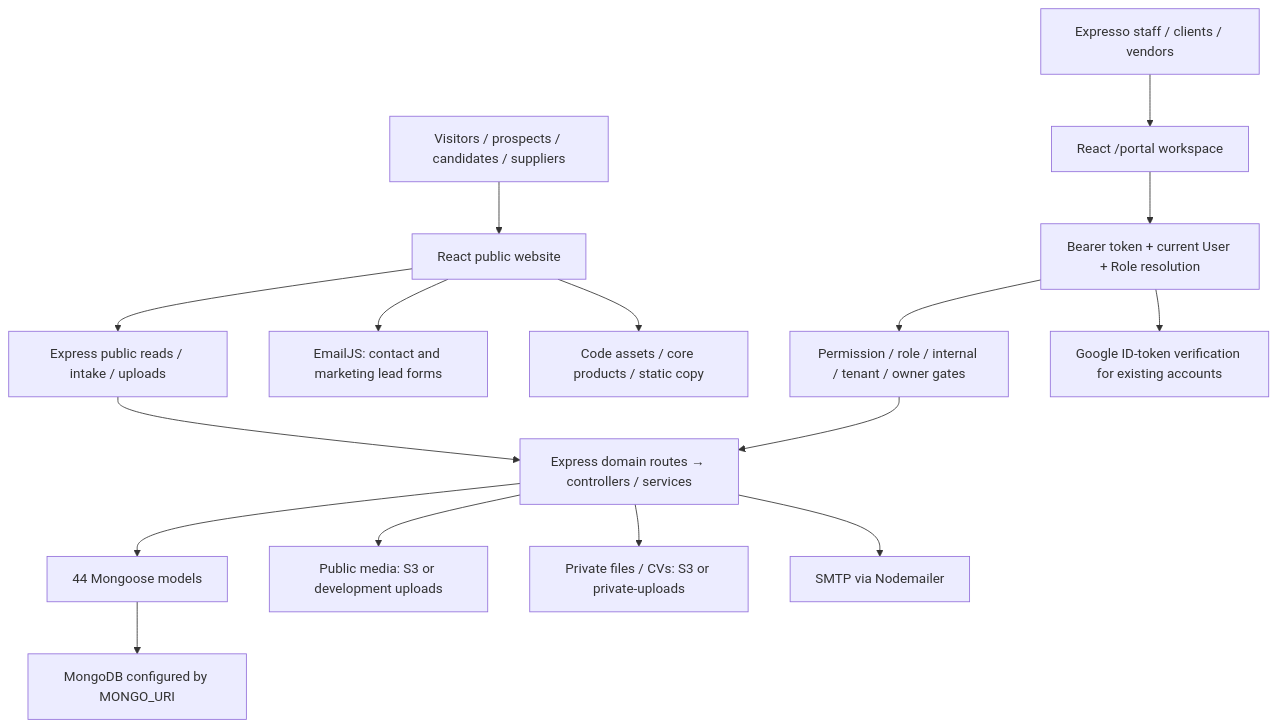
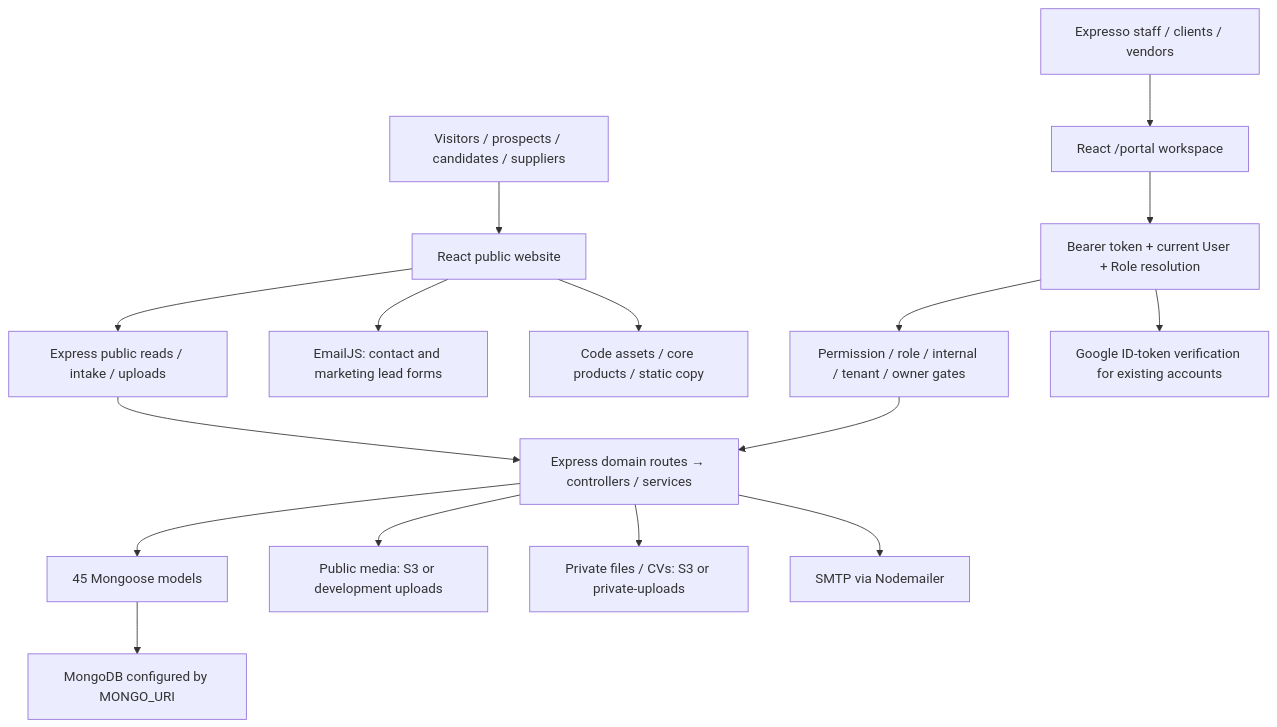
One commit to HassanAlhag/expresso-portal changed the first of 2 diagrams in docs/architecture/SYSTEM-ARCHITECTURE.md. Above: the diagram before and after it, drawn with Mermaid. The commit also changed 21 other files, not shown here.

````diff
--- a/docs/architecture/SYSTEM-ARCHITECTURE.md
+++ b/docs/architecture/SYSTEM-ARCHITECTURE.md
@@ -7,18 +7,18 @@
 ```mermaid
 flowchart TD
     Visitor["Visitors / prospects / candidates / suppliers"] --> Public["React public website"]
     Staff["Expresso staff / clients / vendors"] --> Portal["React /portal workspace"]
     Public --> PublicAPI["Express public reads / intake / uploads"]
     Public --> EmailJS["EmailJS: contact and marketing lead forms"]
     Portal --> JWT["Bearer token + current User + Role resolution"]
     JWT --> RBAC["Permission / role / internal / tenant / owner gates"]
     RBAC --> Business["Express domain routes → controllers / services"]
     PublicAPI --> Business
-    Business --> Models["44 Mongoose models"]
+    Business --> Models["45 Mongoose models"]
     Models --> Mongo["MongoDB configured by MONGO_URI"]
     Business --> PublicStore["Public media: S3 or development uploads"]
     Business --> PrivateStore["Private files / CVs: S3 or private-uploads"]
     Business --> SMTP["SMTP via Nodemailer"]
     JWT --> Google["Google ID-token verification for existing accounts"]
     Public --> Core["Code assets / core products / static copy"]
 ```
````
